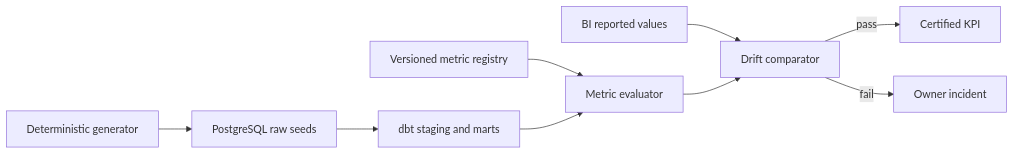
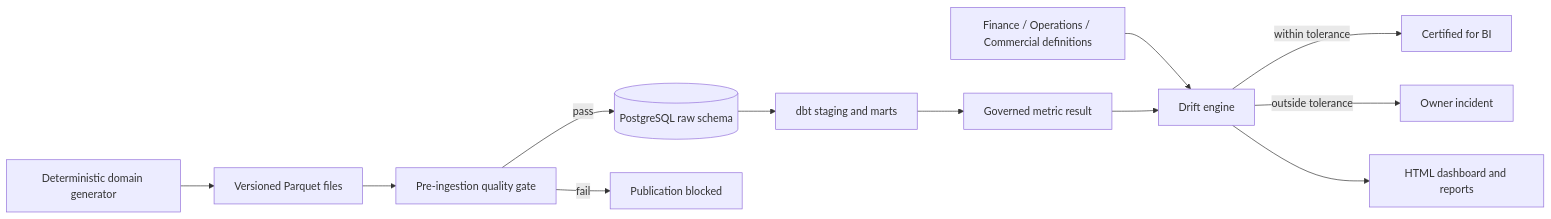
Before and after one commit to anandh-data/semantic-layer-metrics-governance: the diagram in README.md, drawn with Mermaid. The commit also changed other lines of this file and 80 other files, not shown here.

````diff
--- a/README.md
+++ b/README.md
@@ -21,11 +41,14 @@
 ```mermaid
 flowchart LR
-  G[Deterministic generator] --> S[PostgreSQL raw seeds]
-  S --> D[dbt staging and marts]
-  R[Versioned metric registry] --> E[Metric evaluator]
-  D --> E
-  B[BI reported values] --> C[Drift comparator]
-  E --> C
-  C -->|pass| P[Certified KPI]
-  C -->|fail| I[Owner incident]
+  G[Deterministic domain generator] --> P[Versioned Parquet files]
+  P --> Q[Pre-ingestion quality gate]
+  Q -->|pass| R[(PostgreSQL raw schema)]
+  Q -->|fail| X[Publication blocked]
+  R --> D[dbt staging and marts]
+  D --> M[Governed metric result]
+  T[Finance / Operations / Commercial definitions] --> C[Drift engine]
+  M --> C
+  C -->|within tolerance| A[Certified for BI]
+  C -->|outside tolerance| I[Owner incident]
+  C --> H[HTML dashboard and reports]
 ```
````
